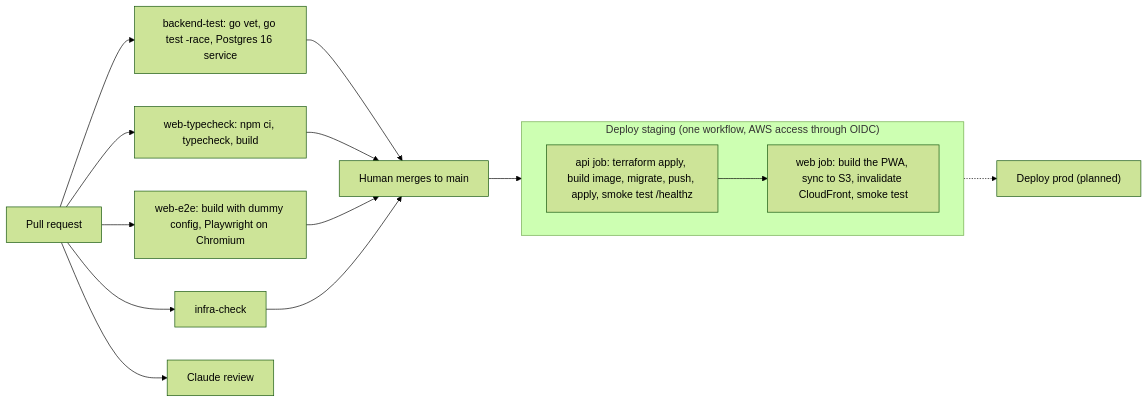
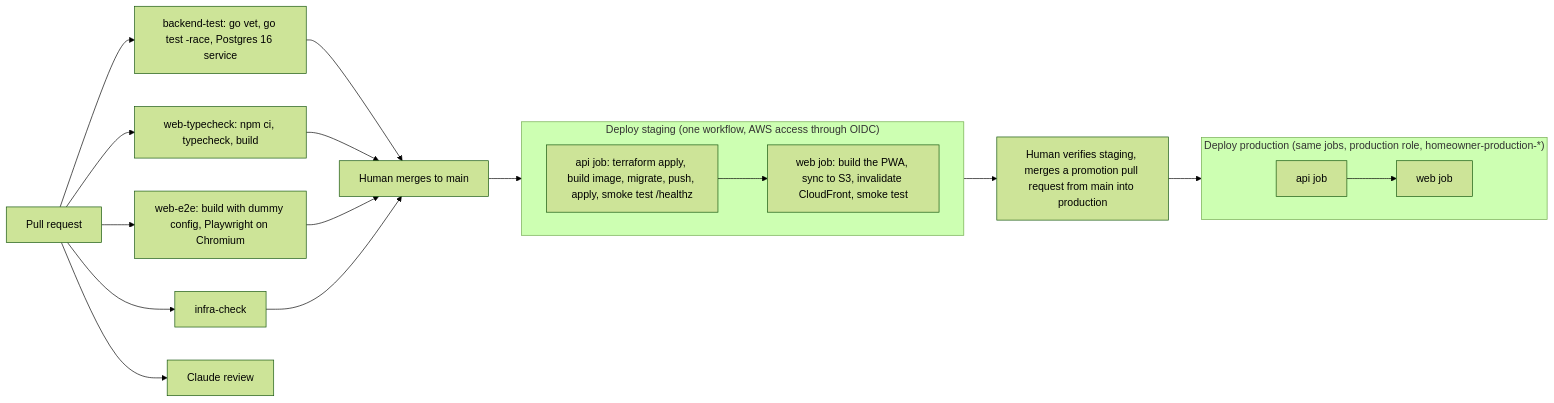
The fourth of 4 diagrams in docs/architecture/infrastructure.md (AbnerWillclefy/Homeowner), drawn with Mermaid (forest theme) before and after one commit. The commit also changed other lines of this file and 1 other file, not shown here.

Commit message:
docs(infra): describe the production environment and its promotion (#29)

````diff
--- a/docs/architecture/infrastructure.md
+++ b/docs/architecture/infrastructure.md
@@ -73,20 +101,25 @@
 ```mermaid
 flowchart LR
     PR["Pull request"] --> BT["backend-test: go vet, go test -race, Postgres 16 service"]
     PR --> WT["web-typecheck: npm ci, typecheck, build"]
     PR --> E2E["web-e2e: build with dummy config, Playwright on Chromium"]
     PR --> IC["infra-check"]
     PR --> CR["Claude review"]
     BT --> M["Human merges to main"]
     WT --> M
     E2E --> M
     IC --> M
     M --> DS
     subgraph DS["Deploy staging (one workflow, AWS access through OIDC)"]
       direction LR
       api["api job: terraform apply, build image, migrate, push, apply, smoke test /healthz"]
       web["web job: build the PWA, sync to S3, invalidate CloudFront, smoke test"]
       api --> web
     end
-    DS -.-> DP["Deploy prod (planned)"]
+    DS --> V["Human verifies staging, merges a promotion pull request from main into production"]
+    V --> DP
+    subgraph DP["Deploy production (same jobs, production role, homeowner-production-*)"]
+      direction LR
+      papi["api job"] --> pweb["web job"]
+    end
 ```
````
